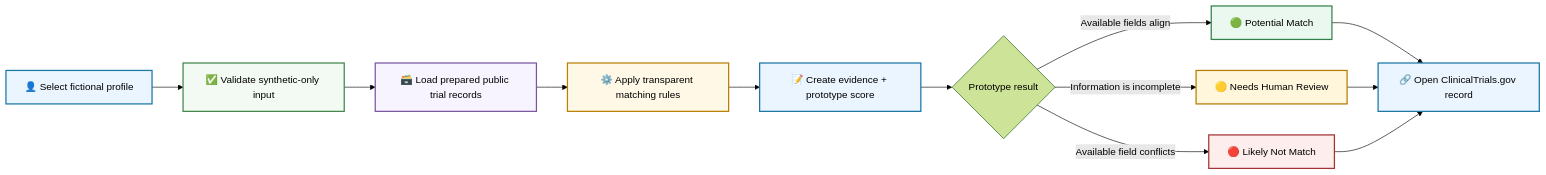
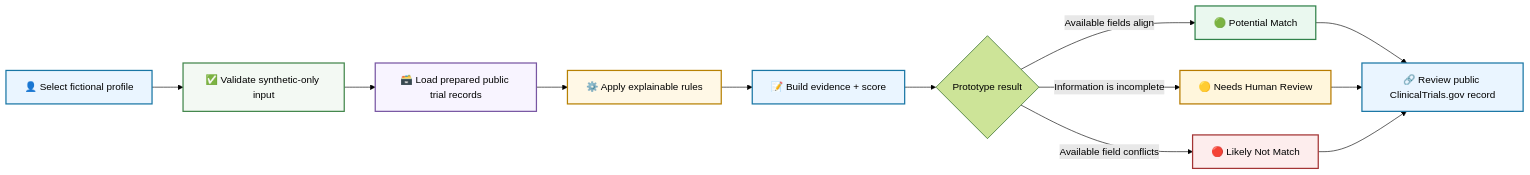
The first of 3 diagrams in README.md (vivek0717/agentic-clinical-trial-matching), drawn with Mermaid (forest theme) before and after one commit. The commit also changed other lines of this file, not shown here.

````diff
--- a/README.md
+++ b/README.md
@@ -78,26 +65,26 @@
 ```mermaid
 flowchart LR
     A["👤 Select fictional profile"] --> B["✅ Validate synthetic-only input"]
     B --> C["🗃️ Load prepared public trial records"]
-    C --> D["⚙️ Apply transparent matching rules"]
-    D --> E["📝 Create evidence + prototype score"]
+    C --> D["⚙️ Apply explainable rules"]
+    D --> E["📝 Build evidence + score"]
     E --> F{"Prototype result"}
 
     F -->|"Available fields align"| G["🟢 Potential Match"]
     F -->|"Information is incomplete"| H["🟡 Needs Human Review"]
     F -->|"Available field conflicts"| I["🔴 Likely Not Match"]
 
-    G --> J["🔗 Open ClinicalTrials.gov record"]
+    G --> J["🔗 Review public ClinicalTrials.gov record"]
     H --> J
     I --> J
 
     style A fill:#EAF5FF,stroke:#1976A5,stroke-width:2px
     style B fill:#F3F9F3,stroke:#42864B,stroke-width:2px
     style C fill:#F8F4FF,stroke:#7856A3,stroke-width:2px
     style D fill:#FFF8E6,stroke:#B78103,stroke-width:2px
     style E fill:#EAF5FF,stroke:#1976A5,stroke-width:2px
     style G fill:#EAF8EF,stroke:#31824A,stroke-width:2px
     style H fill:#FFF6DC,stroke:#B77B00,stroke-width:2px
     style I fill:#FDEDED,stroke:#A33434,stroke-width:2px
     style J fill:#EAF5FF,stroke:#1976A5,stroke-width:2px
 ```
````
